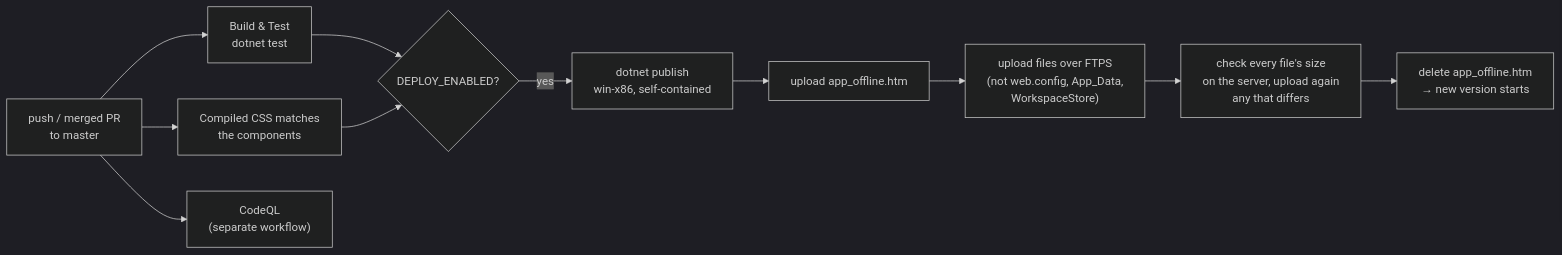
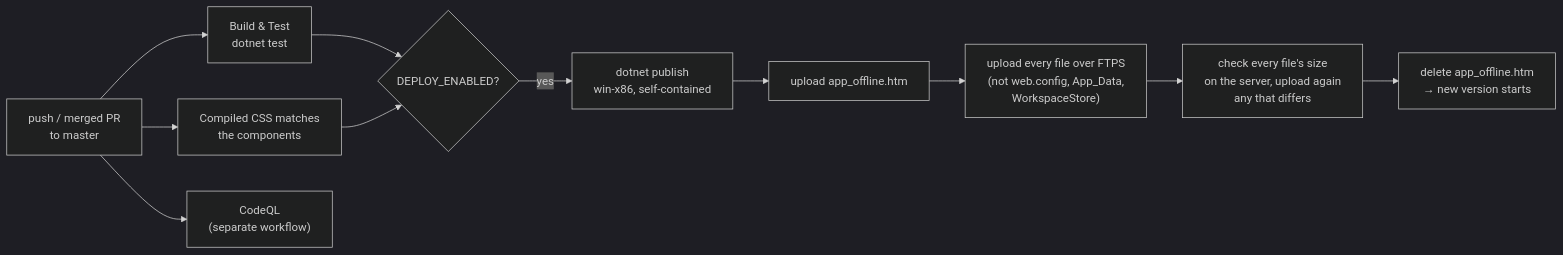
Before and after one commit to lauPhilip/au-btech-literature-review-agent: the diagram in docs/wiki/06-web-app-and-operations.md, drawn with Mermaid (dark theme). The commit also changed other lines of this file and 1 other file, not shown here.

First line of the commit message:
(fix): upload every file on each deploy so the server never mixes two builds

````diff
--- a/docs/wiki/06-web-app-and-operations.md
+++ b/docs/wiki/06-web-app-and-operations.md
@@ -163,12 +163,12 @@
 ```mermaid
 flowchart LR
     PUSH["push / merged PR<br/>to master"] --> BT["Build & Test<br/>dotnet test"]
     PUSH --> CSS["Compiled CSS matches<br/>the components"]
     PUSH --> CQ["CodeQL<br/>(separate workflow)"]
     BT & CSS --> DEP{"DEPLOY_ENABLED?"}
     DEP -- yes --> PUB["dotnet publish<br/>win-x86, self-contained"]
     PUB --> OFF["upload app_offline.htm"]
-    OFF --> UP["upload files over FTPS<br/>(not web.config, App_Data,<br/>WorkspaceStore)"]
+    OFF --> UP["upload every file over FTPS<br/>(not web.config, App_Data,<br/>WorkspaceStore)"]
     UP --> CHK["check every file's size<br/>on the server, upload again<br/>any that differs"]
     CHK --> ON["delete app_offline.htm<br/>→ new version starts"]
 ```
````
